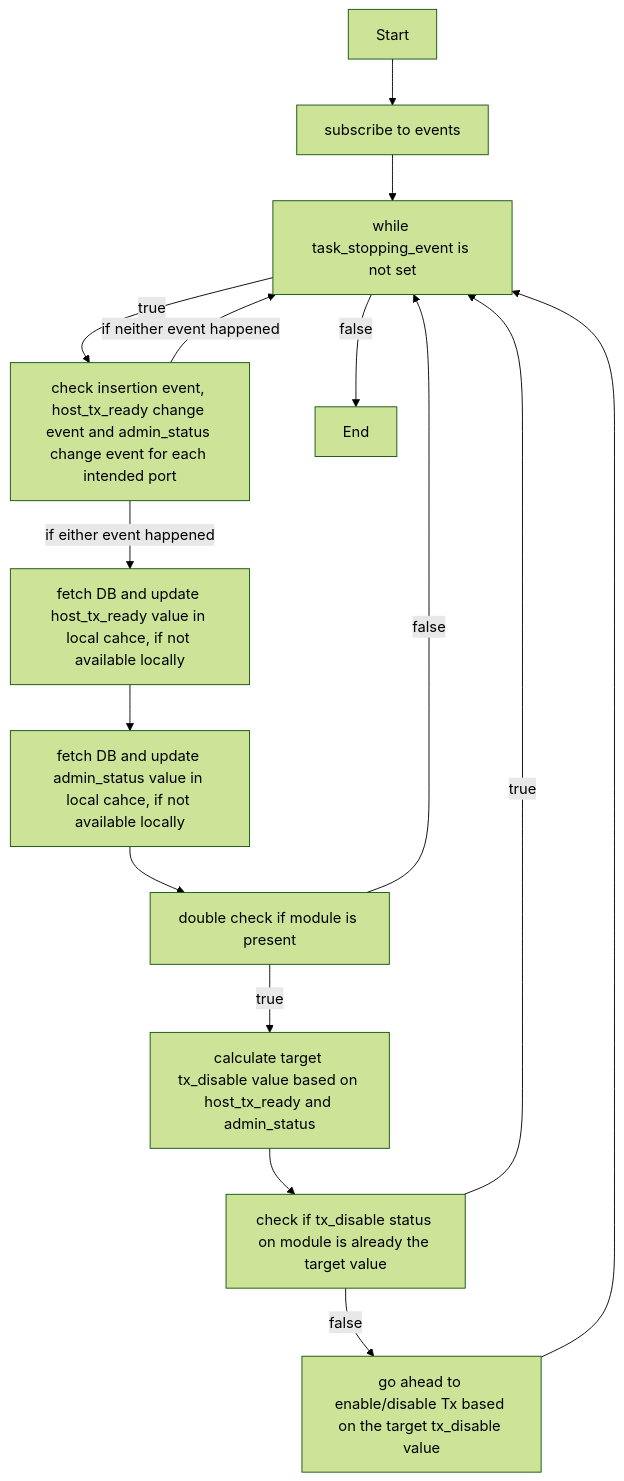
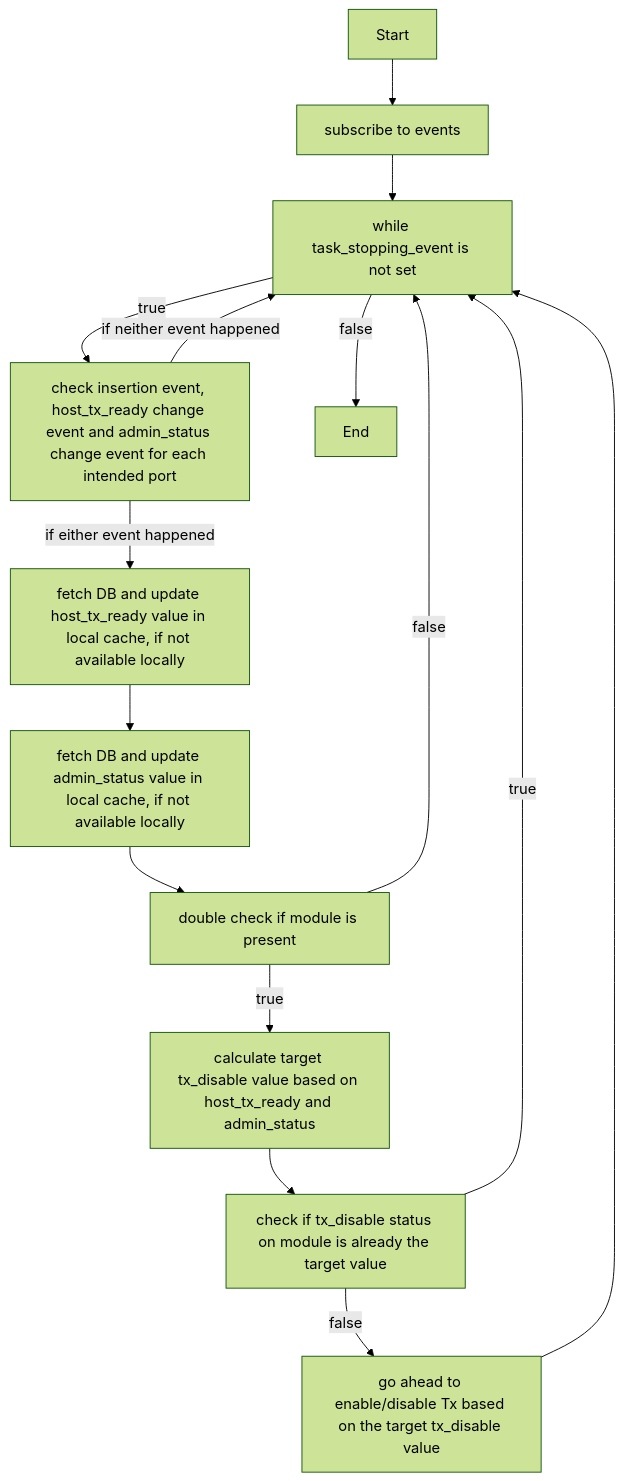
Before and after one commit to sonic-net/SONiC: the fourth of 4 diagrams in doc/xrcvd/Interface-Link-bring-up-sequence-on-sff-modules.md, drawn with Mermaid (forest theme). The commit also changed other lines of this file and 235 other files, not shown here.

````diff
--- a/doc/xrcvd/Interface-Link-bring-up-sequence-on-sff-modules.md
+++ b/doc/xrcvd/Interface-Link-bring-up-sequence-on-sff-modules.md
@@ -152,27 +152,27 @@
   ```mermaid
   graph TD;
   A[subscribe to events]
   B[while task_stopping_event is not set]
   C[check insertion event, host_tx_ready change event and admin_status change event for each intended port]
   D[double check if module is present]
-  E[fetch DB and update host_tx_ready value in local cahce, if not available locally]
-  E2[fetch DB and update admin_status value in local cahce, if not available locally]
+  E[fetch DB and update host_tx_ready value in local cache, if not available locally]
+  E2[fetch DB and update admin_status value in local cache, if not available locally]
   F[calculate target tx_disable value based on host_tx_ready and admin_status]
   G[check if tx_disable status on module is already the target value]
   H[go ahead to enable/disable Tx based on the target tx_disable value]
 
   Start --> A
   A --> B
   B -- true --> C
   C -- if either event happened --> E
   C -- if neither event happened --> B
   E --> E2
   E2 --> D
   D -- true --> F
   D -- false --> B
   F --> G
   G -- true --> B
   G -- false --> H
   H --> B
   B -- false --> End
   ```
````
